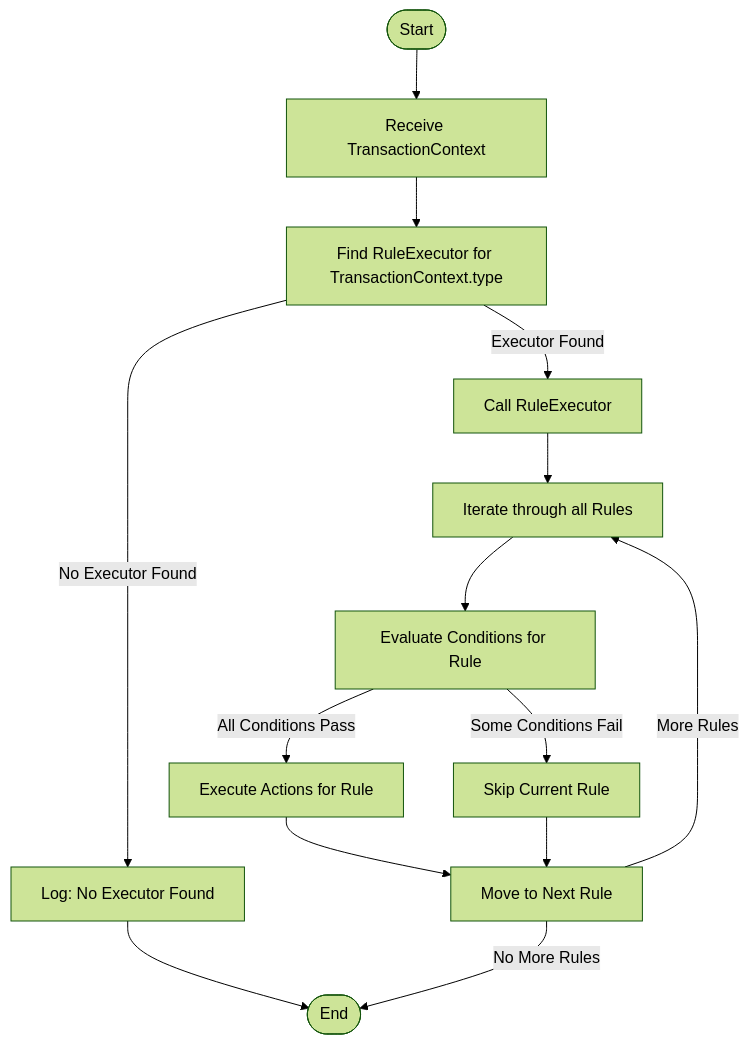
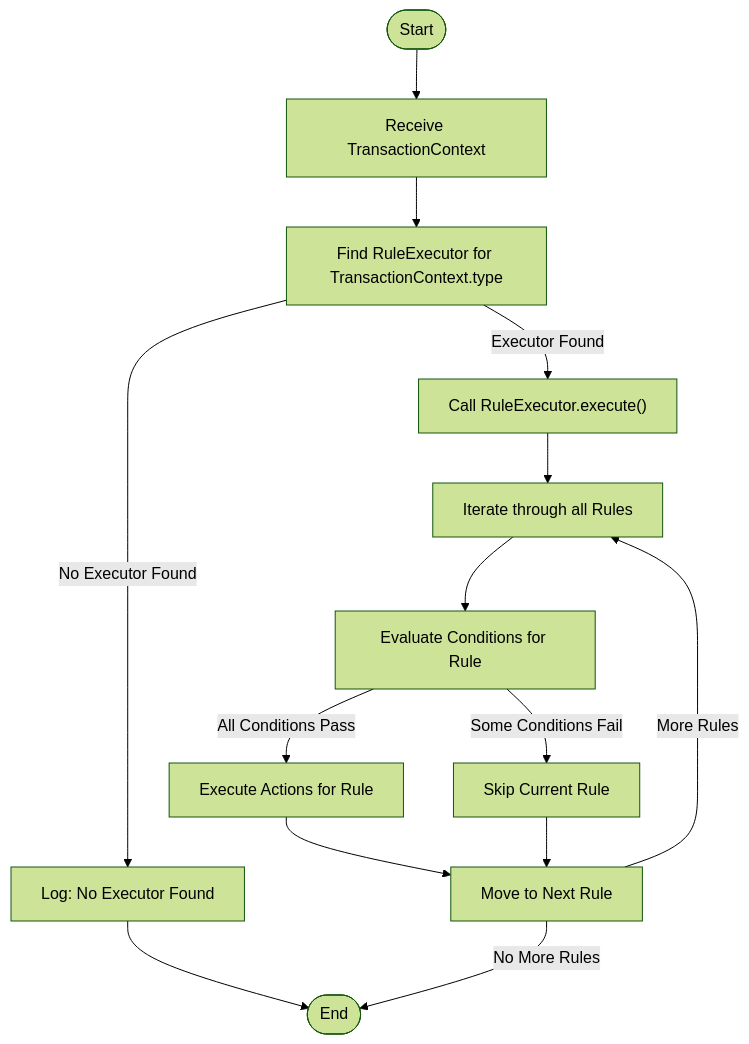
Before and after one commit to thanhtrixx/rule-engine: the second of 3 diagrams in README.md, drawn with Mermaid (forest theme). The commit also changed other lines of this file, not shown here.

````diff
--- a/README.md
+++ b/README.md
@@ -81,19 +81,19 @@
 ```mermaid
 flowchart TD
     Start([Start]) --> GetTransaction[Receive TransactionContext]
     GetTransaction --> FindExecutor[Find RuleExecutor for TransactionContext.type]
-    FindExecutor -->|Executor Found| CallExecutor[Call RuleExecutor]
+    FindExecutor -->|Executor Found| CallExecutor["Call RuleExecutor.execute()"]
     FindExecutor -->|No Executor Found| LogIgnored[Log: No Executor Found]
     LogIgnored --> End([End])
 
     CallExecutor --> EvaluateRules[Iterate through all Rules]
     EvaluateRules --> CheckConditions[Evaluate Conditions for Rule]
 
     CheckConditions -->|All Conditions Pass| ExecuteActions[Execute Actions for Rule]
     CheckConditions -->|Some Conditions Fail| IgnoreRule[Skip Current Rule]
 
     ExecuteActions --> NextRule[Move to Next Rule]
     IgnoreRule --> NextRule
     NextRule -->|More Rules| EvaluateRules
     NextRule -->|No More Rules| End
 ```
````
